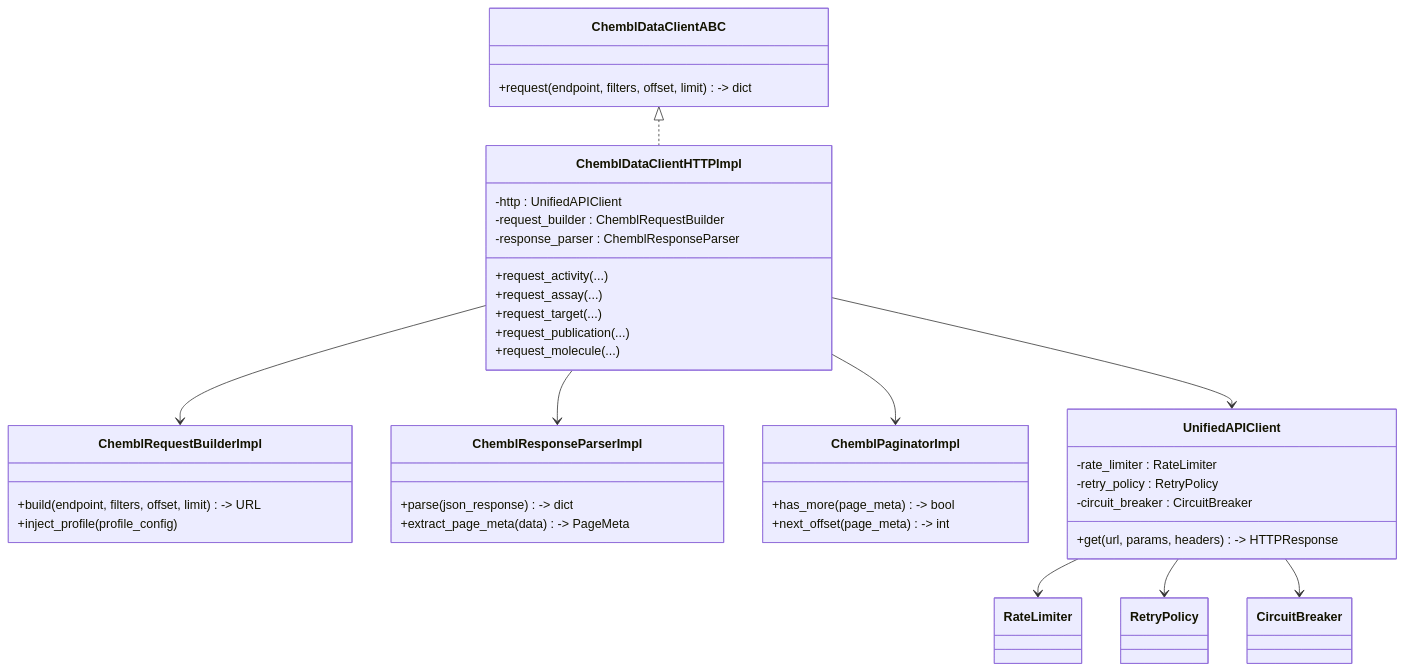
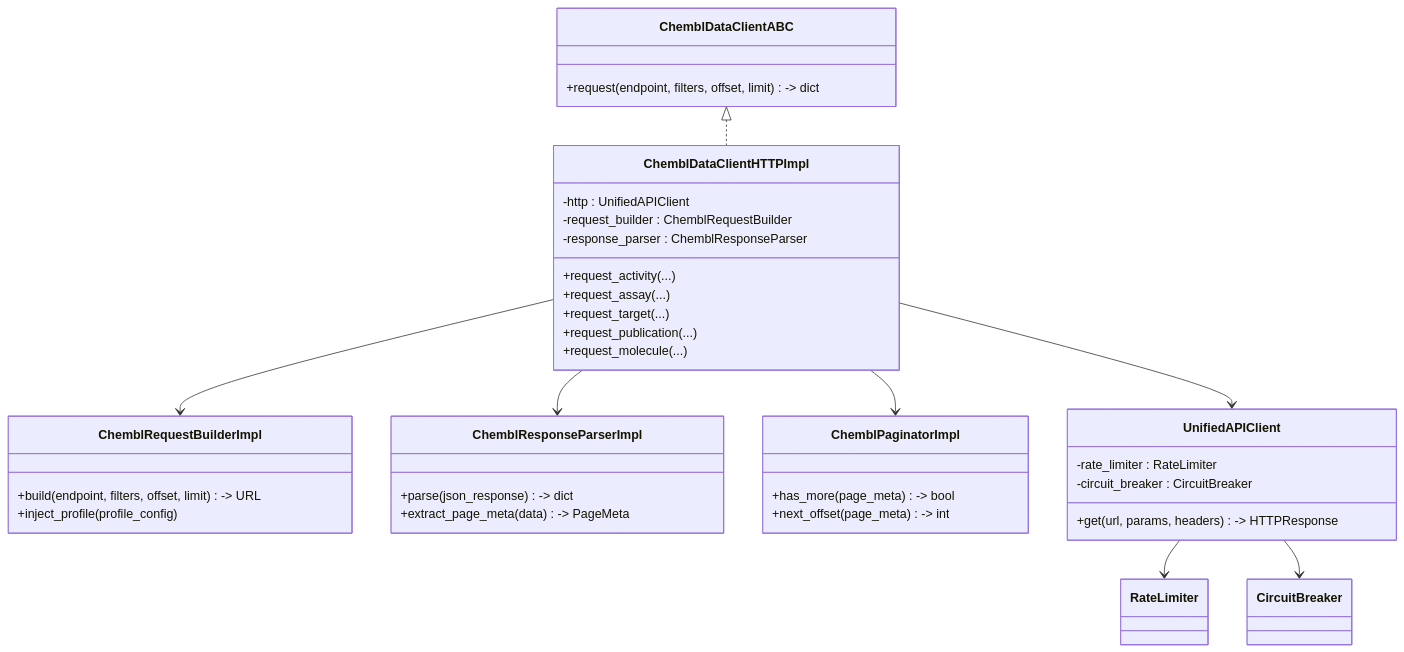
One commit to SatoryKono/BioactivityDataAcquisition changed the diagram in docs/architecture/diagrams/class/35-chembl-client-components.mmd. Above: the diagram before and after it, drawn with Mermaid. The commit also changed 24 other files, not shown here.

```diff
--- a/docs/architecture/diagrams/class/35-chembl-client-components.mmd
+++ b/docs/architecture/diagrams/class/35-chembl-client-components.mmd
@@ -1,45 +1,42 @@
 %%{init: {"class": {"domainPrimary": {"fill": "#f5f5f5", "stroke": "#444", "strokeWidth": 1.5, "color": "#111", "fontSize": "22px"}, "domainSecondary": {"fill": "#e3e7ec", "stroke": "#555", "strokeWidth": 1.2, "color": "#111", "fontSize": "18px"}, "interface": {"fill": "#dde7f2", "stroke": "#44546a", "strokeWidth": 1.5, "color": "#111", "fontSize": "22px"}}}}%%
 classDiagram
     class ChemblDataClientABC {
         +request(endpoint, filters, offset, limit) -> dict
     }
     class ChemblDataClientHTTPImpl {
         -http : UnifiedAPIClient
         -request_builder : ChemblRequestBuilder
         -response_parser : ChemblResponseParser
         +request_activity(...)
         +request_assay(...)
         +request_target(...)
         +request_publication(...)
         +request_molecule(...)
     }
     class ChemblRequestBuilderImpl {
         +build(endpoint, filters, offset, limit) -> URL
         +inject_profile(profile_config)
     }
     class ChemblResponseParserImpl {
         +parse(json_response) -> dict
         +extract_page_meta(data) -> PageMeta
     }
     class ChemblPaginatorImpl {
         +has_more(page_meta) -> bool
         +next_offset(page_meta) -> int
     }
     class UnifiedAPIClient {
         +get(url, params, headers) -> HTTPResponse
         -rate_limiter : RateLimiter
-        -retry_policy : RetryPolicy
         -circuit_breaker : CircuitBreaker
     }
     class RateLimiter
-    class RetryPolicy
     class CircuitBreaker
 
     ChemblDataClientABC <|.. ChemblDataClientHTTPImpl
     ChemblDataClientHTTPImpl --> ChemblRequestBuilderImpl
     ChemblDataClientHTTPImpl --> ChemblResponseParserImpl
     ChemblDataClientHTTPImpl --> ChemblPaginatorImpl
     ChemblDataClientHTTPImpl --> UnifiedAPIClient
     UnifiedAPIClient --> RateLimiter
-    UnifiedAPIClient --> RetryPolicy
     UnifiedAPIClient --> CircuitBreaker
```
